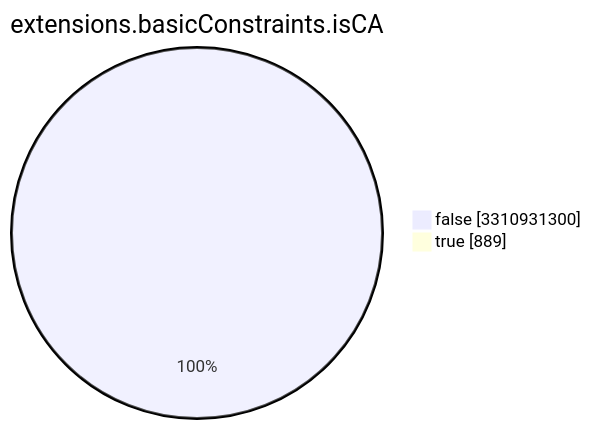
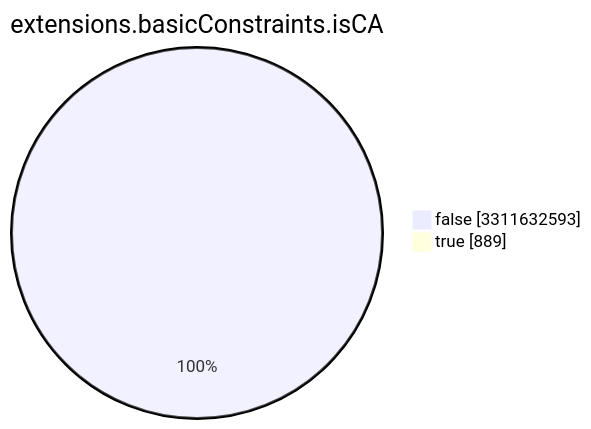
The seventh of 15 diagrams in TOTAL/README.md (christiankrug/ctmonitor_visualization), drawn with Mermaid before and after one commit. The commit also changed other lines of this file, not shown here.

````diff
--- a/TOTAL/README.md
+++ b/TOTAL/README.md
@@ -3089,6 +3089,6 @@
 ```mermaid
 pie showData
 title extensions.basicConstraints.isCA
-"false" :3310931300
+"false" :3311632593
 "true" :889
 ```
````
